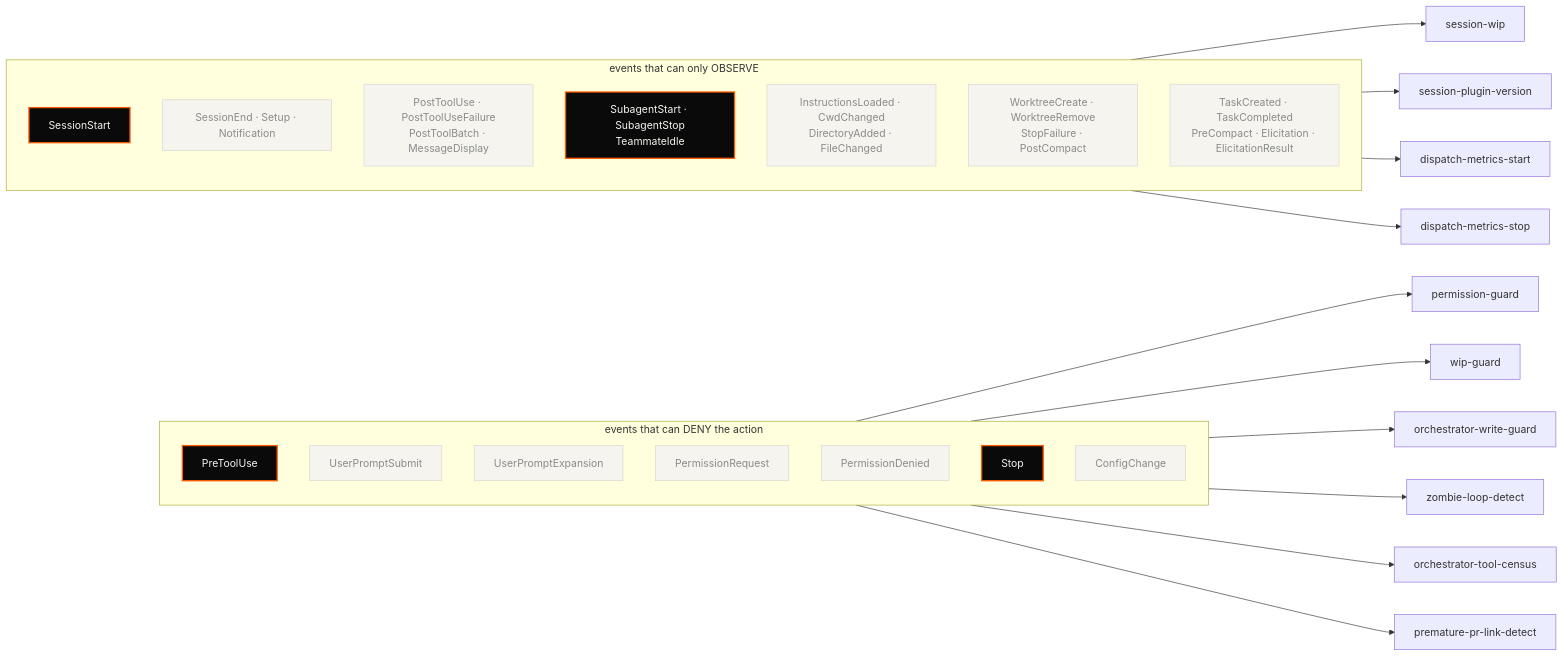
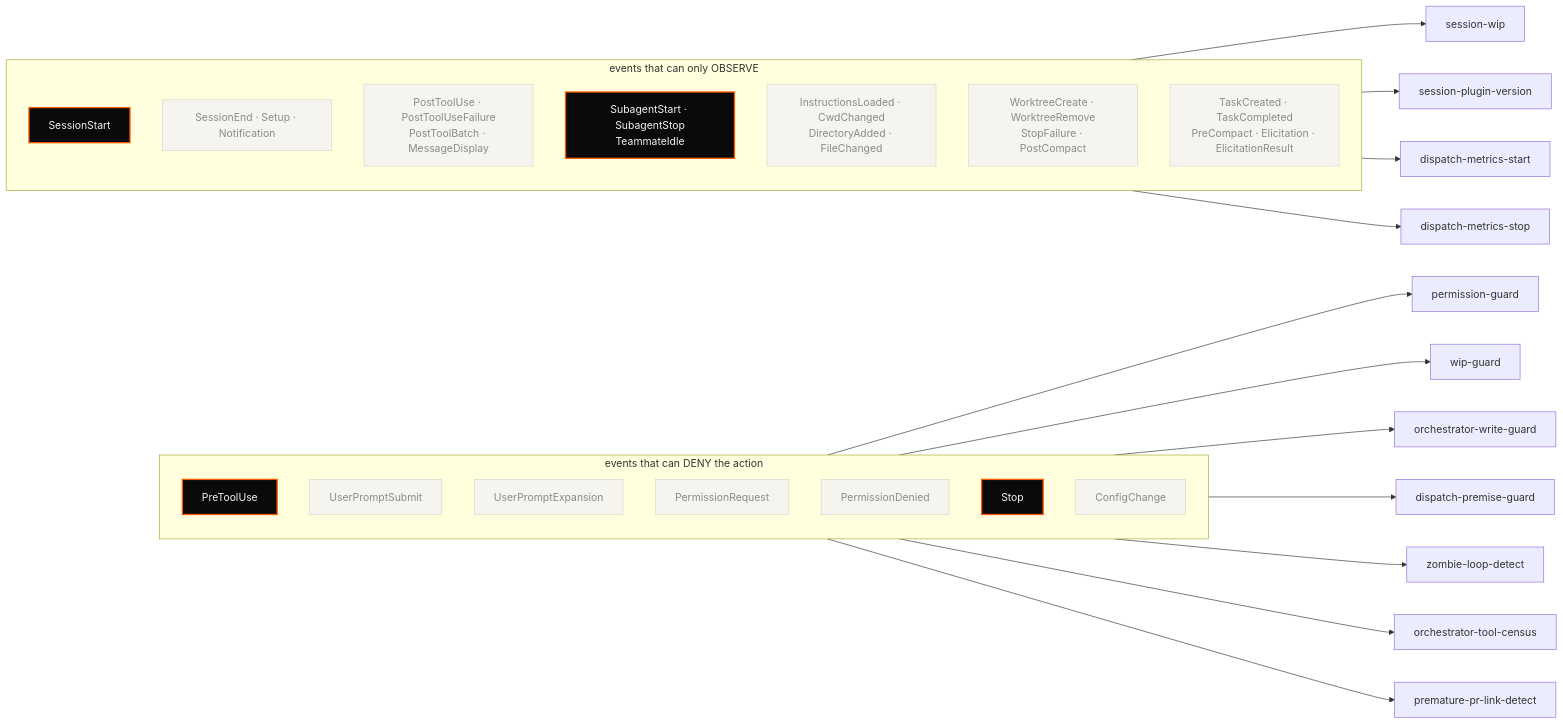
One commit to tedeuxx/tadeumendonca-skills changed the fourth of 5 diagrams in README.md. Above: the diagram before and after it, drawn with Mermaid. The commit also changed other lines of this file and 7 other files, not shown here.

````diff
--- a/README.md
+++ b/README.md
@@ -875,51 +875,53 @@
 ```mermaid
 flowchart LR
   classDef used fill:#0A0A0A,color:#F5F4EF,stroke:#FF5A00,stroke-width:2px
   classDef idle fill:#F5F4EF,color:#8A8A8A,stroke:#D8D6CE
 
   subgraph BLOCK["events that can DENY the action"]
     direction TB
     E1["PreToolUse"]
     E2["UserPromptSubmit"]:::idle
     E3["UserPromptExpansion"]:::idle
     E4["PermissionRequest"]:::idle
     E5["PermissionDenied"]:::idle
     E6["Stop"]
     E7["ConfigChange"]:::idle
   end
 
   subgraph OBS["events that can only OBSERVE"]
     direction TB
     O1["SessionStart"]
     O2["SessionEnd · Setup · Notification"]:::idle
     O3["PostToolUse · PostToolUseFailure<br/>PostToolBatch · MessageDisplay"]:::idle
     O4["SubagentStart · SubagentStop<br/>TeammateIdle"]:::idle
     O5["InstructionsLoaded · CwdChanged<br/>DirectoryAdded · FileChanged"]:::idle
     O6["WorktreeCreate · WorktreeRemove<br/>StopFailure · PostCompact"]:::idle
     O7["TaskCreated · TaskCompleted<br/>PreCompact · Elicitation · ElicitationResult"]:::idle
   end
 
   H1["permission-guard"]
   H2["wip-guard"]
   H3["session-wip"]
   H4["session-plugin-version"]
   H5["dispatch-metrics-start"]
   H6["dispatch-metrics-stop"]
   H7["zombie-loop-detect"]
   H8["orchestrator-write-guard"]
   H9["orchestrator-tool-census"]
   H10["premature-pr-link-detect"]
+  H11["dispatch-premise-guard"]
 
   E1 --> H1
   E1 --> H2
   E1 --> H8
+  E1 --> H11
   O1 --> H3
   O1 --> H4
   O4 --> H5
   O4 --> H6
   E6 --> H7
   E6 --> H9
   E6 --> H10
 
   class E1,O1,O4,E6 used
 ```
````
